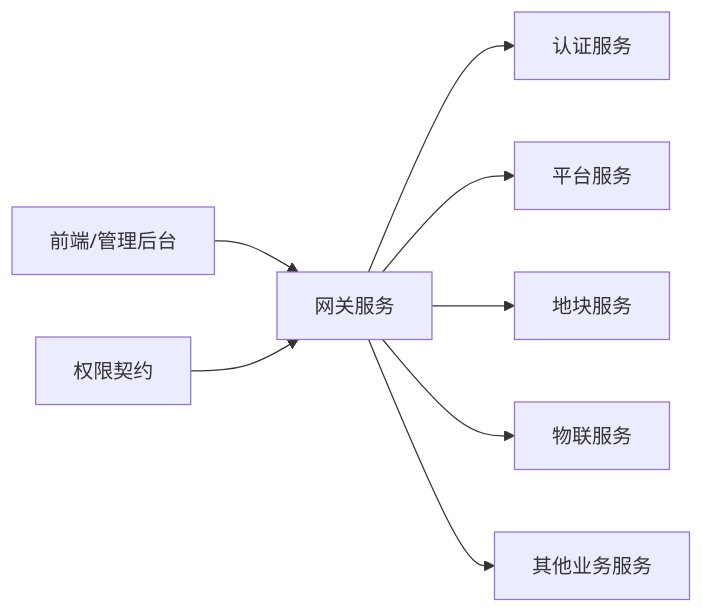
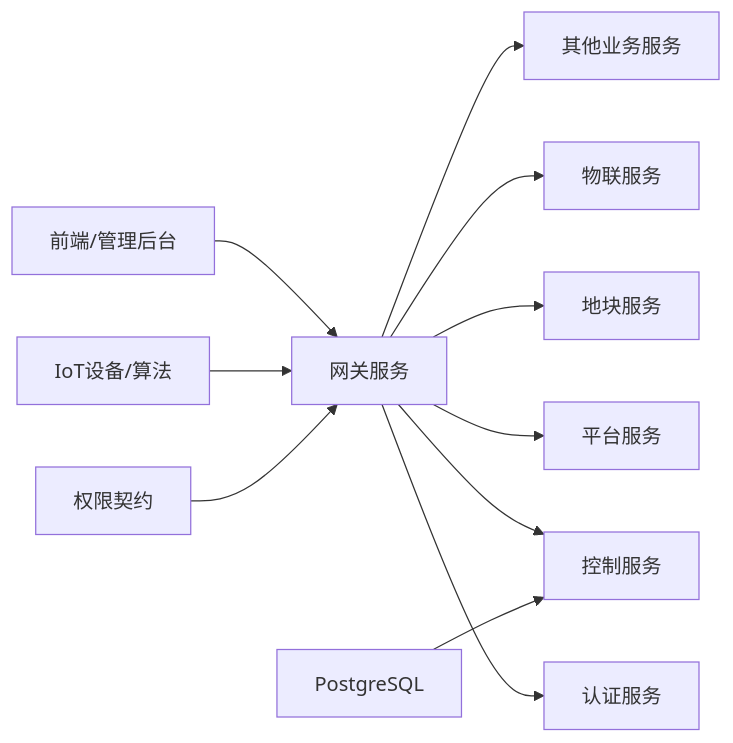
Before and after one commit to q446328246/agri-platform: the seventh of 7 diagrams in .qoder/repowiki/zh/content/架构设计/安全架构.md, drawn with Mermaid. The commit also changed other lines of this file and 52 other files, not shown here.

````diff
--- a/.qoder/repowiki/zh/content/架构设计/安全架构.md
+++ b/.qoder/repowiki/zh/content/架构设计/安全架构.md
@@ -248,10 +399,13 @@
 ```mermaid
 graph LR
 Web["前端/管理后台"] --> GW["网关服务"]
+Device["IoT设备/算法"] --> GW
 GW --> AUTH["认证服务"]
 GW --> PLATFORM["平台服务"]
+GW --> CONTROL["控制服务"]
 GW --> PLOT["地块服务"]
 GW --> IOT["物联服务"]
 GW --> OTHER["其他业务服务"]
 CONTRACTS["权限契约"] --> GW
+DB["PostgreSQL"] --> CONTROL
 ```
````
